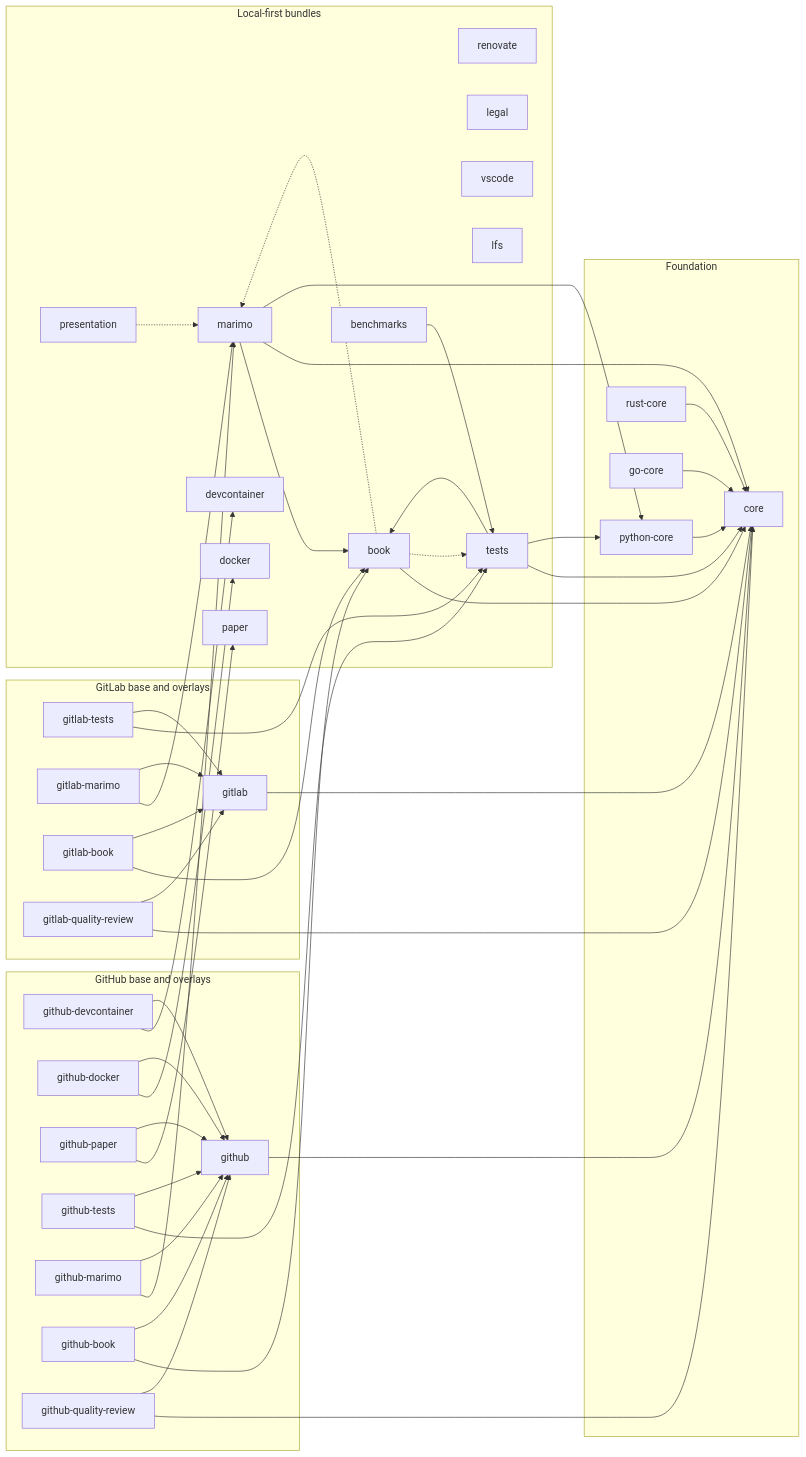
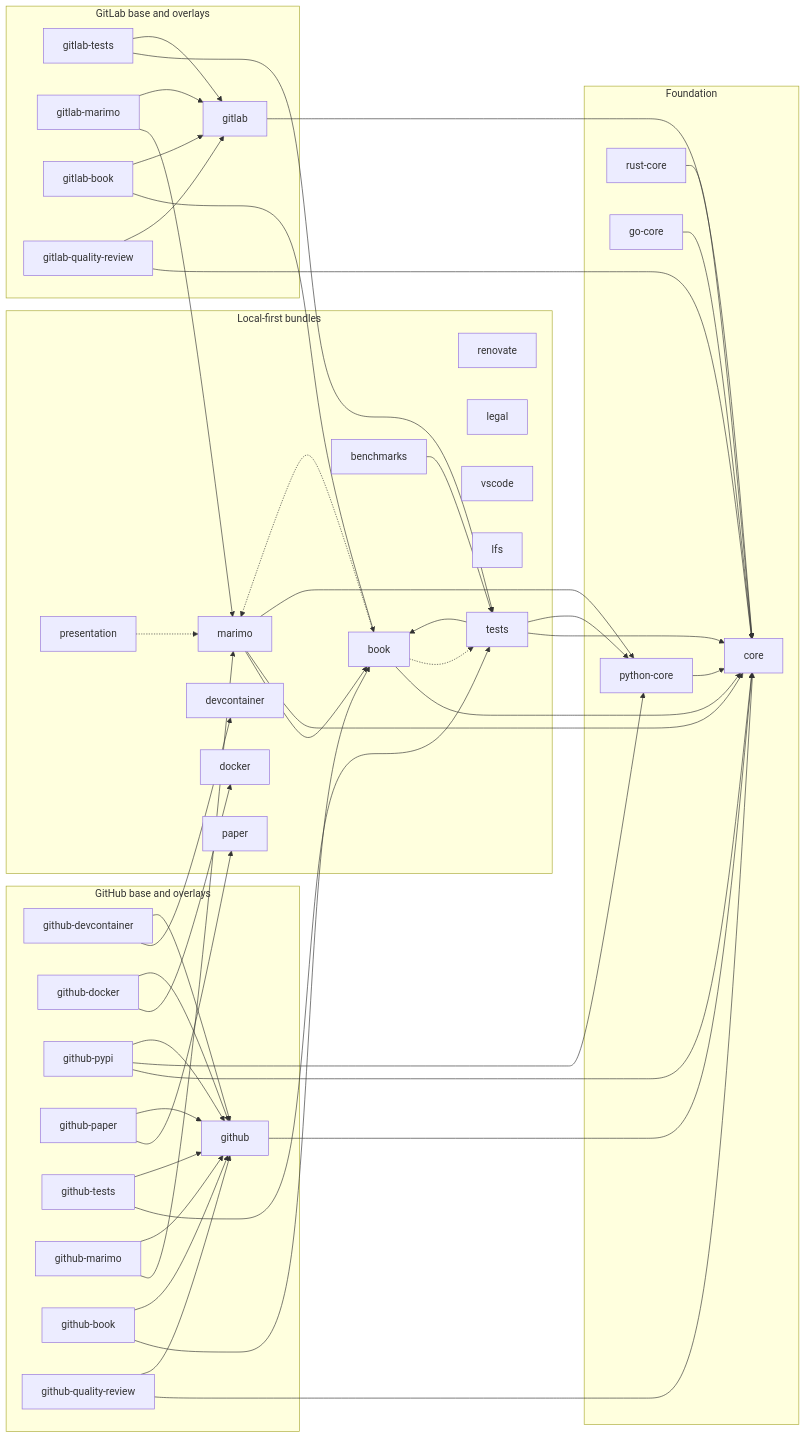
The diagram in docs/reference/GLOSSARY.md (Jebel-Quant/rhiza), drawn with Mermaid before and after one commit. The commit also changed 3 other files, not shown here.

```diff
--- a/docs/reference/GLOSSARY.md
+++ b/docs/reference/GLOSSARY.md
@@ -70,6 +70,7 @@
         github["github"]
         github_devcontainer["github-devcontainer"]
         github_docker["github-docker"]
+        github_pypi["github-pypi"]
         github_paper["github-paper"]
         github_tests["github-tests"]
         github_marimo["github-marimo"]
@@ -88,6 +89,9 @@
     python_core --> core
     rust_core --> core
     go_core --> core
+    github_pypi --> core
+    github_pypi --> python_core
+    github_pypi --> github
     github --> core
     gitlab --> core
     book --> core
```
